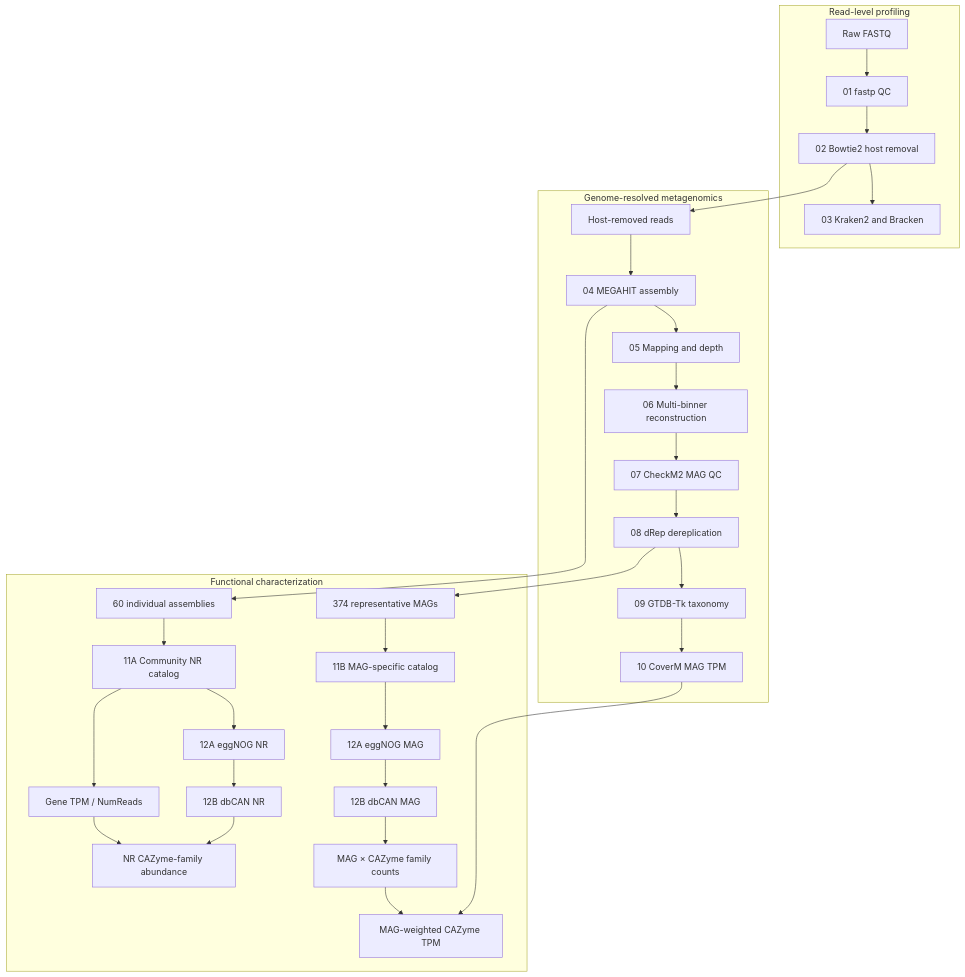
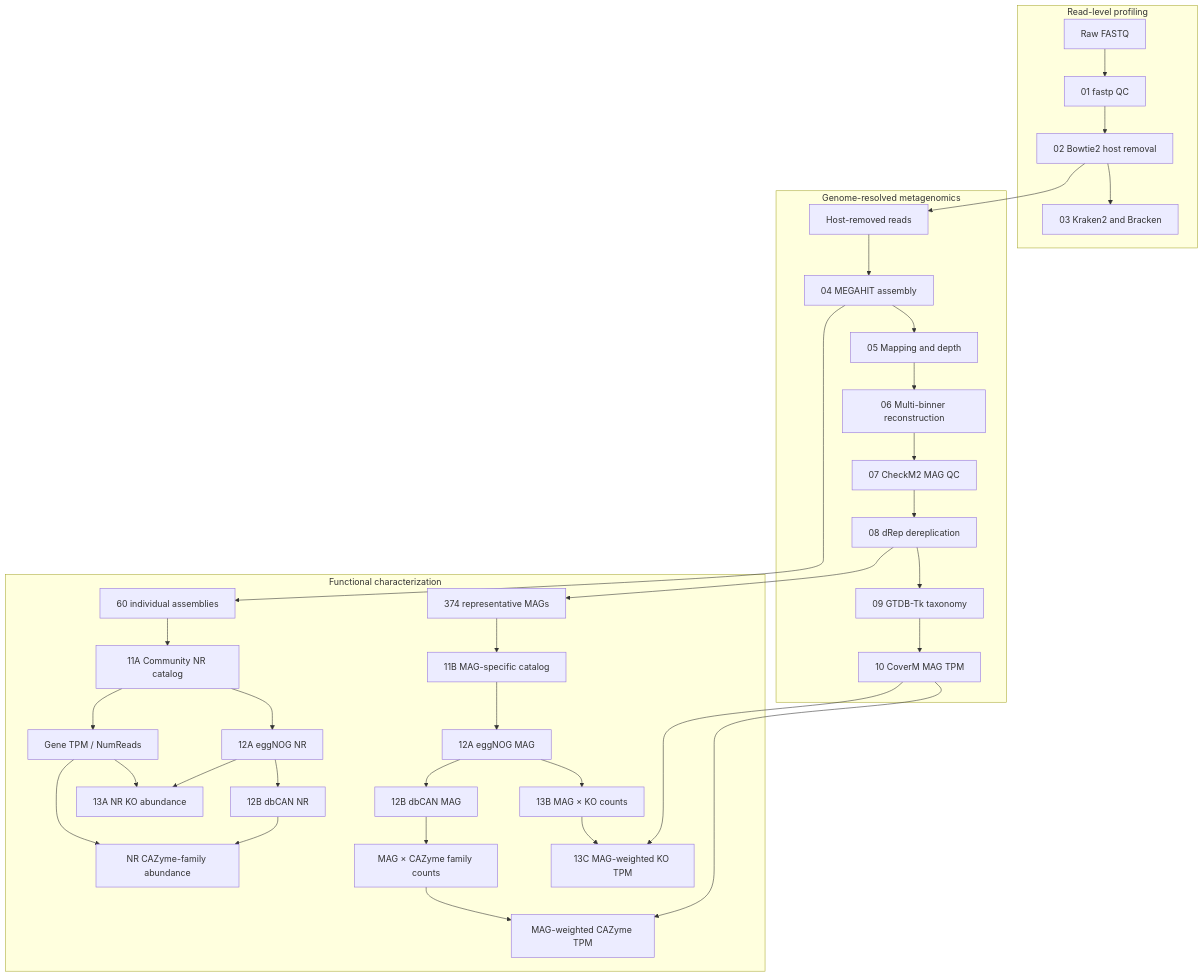
The diagram in docs/workflow.md (JunyongWang/chicken-gut-metagenomics-pipeline), drawn with Mermaid before and after one commit. The commit also changed other lines of this file and 10 other files, not shown here.

Commit message:
docs: document production stage 13 KO abundance (#6)

````diff
--- a/docs/workflow.md
+++ b/docs/workflow.md
@@ -5,29 +5,37 @@
 ```mermaid
 flowchart TB
-    accTitle: Chicken gut metagenomics workflow through Stage 12
-    accDescr: Read-level profiling and genome-resolved analysis feed two Stage 11 gene catalogs, which are annotated with eggNOG and dbCAN and summarized as community and MAG-weighted CAZyme outputs.
+    accTitle: Chicken gut metagenomics workflow through Stage 13
+    accDescr: Read-level profiling and genome-resolved analysis feed community and MAG gene catalogs, Stage 12 functional annotation, and Stage 13 KO abundance outputs.
 
     subgraph read_level ["Read-level profiling"]
         raw_fastq["Raw FASTQ"] --> qc["01 fastp QC"] --> host_removal["02 Bowtie2 host removal"] --> taxonomy["03 Kraken2 and Bracken"]
     end
 
     subgraph genome_resolved ["Genome-resolved metagenomics"]
         host_removed_reads["Host-removed reads"] --> assembly["04 MEGAHIT assembly"] --> mapping_depth["05 Mapping and depth"] --> binning["06 Multi-binner reconstruction"] --> mag_qc["07 CheckM2 MAG QC"] --> dereplication["08 dRep dereplication"] --> mag_taxonomy["09 GTDB-Tk taxonomy"] --> mag_abundance["10 CoverM MAG TPM"]
     end
 
     subgraph functional ["Functional characterization"]
         community_assemblies["60 individual assemblies"] --> community_catalog["11A Community NR catalog"]
         community_catalog --> community_gene_abundance["Gene TPM / NumReads"]
-        community_catalog --> eggnog_nr["12A eggNOG NR"] --> dbcan_nr["12B dbCAN NR"] --> nr_cazyme["NR CAZyme-family abundance"]
+        community_catalog --> eggnog_nr["12A eggNOG NR"]
+        eggnog_nr --> dbcan_nr["12B dbCAN NR"] --> nr_cazyme["NR CAZyme-family abundance"]
         community_gene_abundance --> nr_cazyme
+        eggnog_nr --> nr_ko["13A NR KO abundance"]
+        community_gene_abundance --> nr_ko
 
         representative_mags["374 representative MAGs"] --> mag_catalog["11B MAG-specific catalog"]
-        mag_catalog --> eggnog_mag["12A eggNOG MAG"] --> dbcan_mag["12B dbCAN MAG"] --> mag_cazyme_counts["MAG × CAZyme family counts"]
+        mag_catalog --> eggnog_mag["12A eggNOG MAG"]
+        eggnog_mag --> dbcan_mag["12B dbCAN MAG"] --> mag_cazyme_counts["MAG × CAZyme family counts"]
+        eggnog_mag --> mag_ko_counts["13B MAG × KO counts"]
+
         mag_abundance --> weighted_cazyme["MAG-weighted CAZyme TPM"]
         mag_cazyme_counts --> weighted_cazyme
+        mag_abundance --> weighted_ko["13C MAG-weighted KO TPM"]
+        mag_ko_counts --> weighted_ko
     end
 
     host_removal --> host_removed_reads
     assembly --> community_assemblies
     dereplication --> representative_mags
 ```
````
